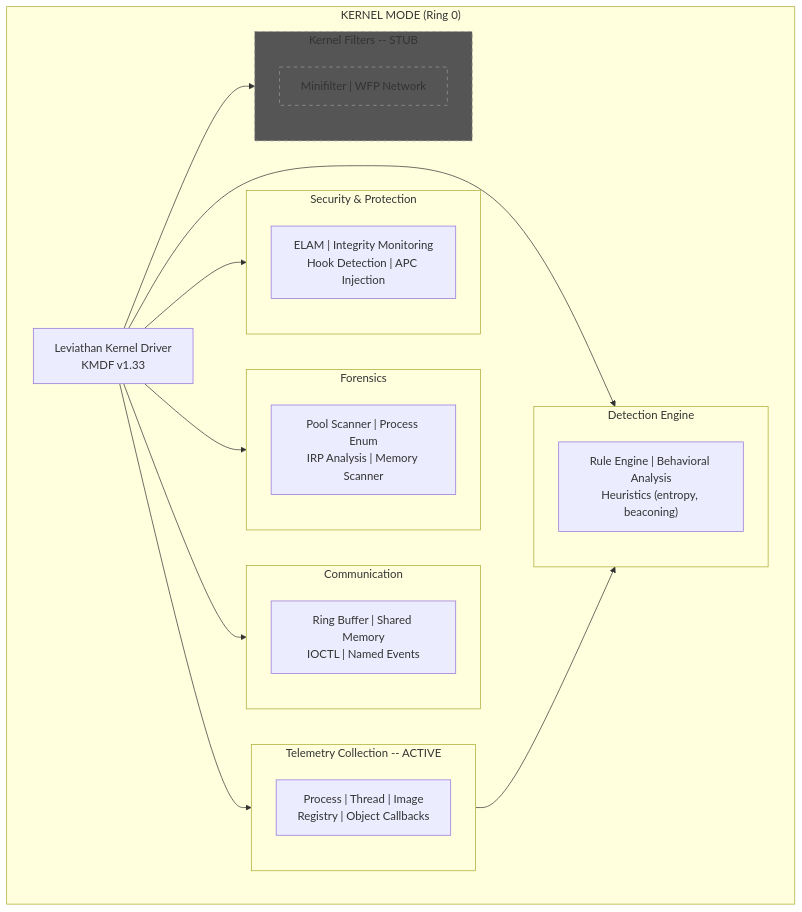
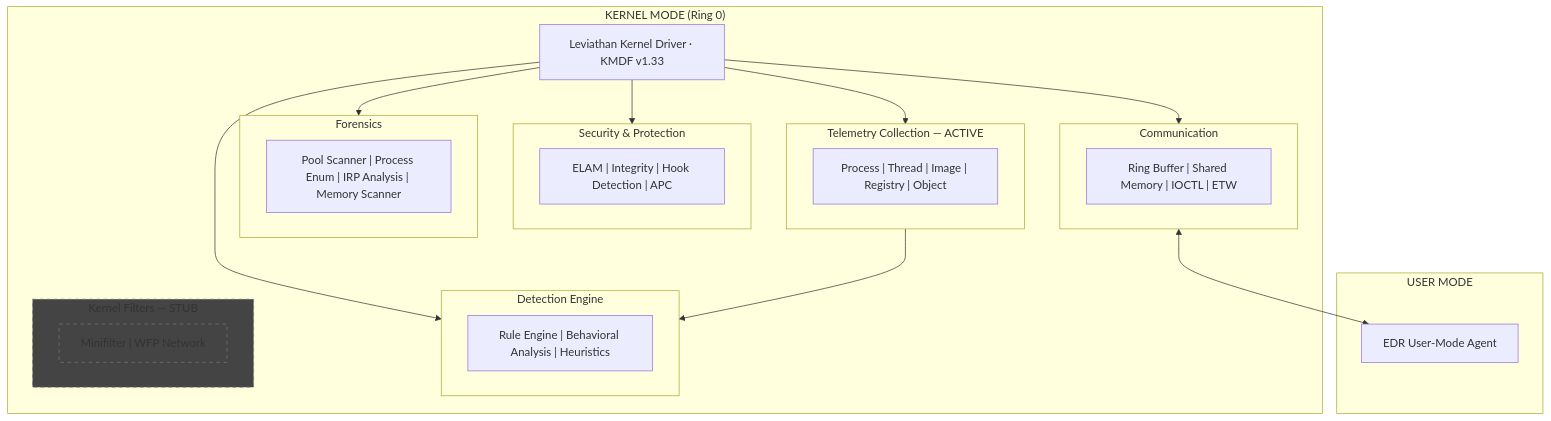
One commit to anubhavg-icpl/leviathan changed the first of 4 diagrams in README.md. Above: the diagram before and after it, drawn with Mermaid. The commit also changed other lines of this file and 9 other files, not shown here.

````diff
--- a/README.md
+++ b/README.md
@@ -135,41 +74,41 @@
 ```mermaid
 graph TB
     subgraph KERNEL["KERNEL MODE (Ring 0)"]
-        DRIVER["Leviathan Kernel Driver<br/>KMDF v1.33"]
+        DRIVER["Leviathan Kernel Driver · KMDF v1.33"]
 
-        subgraph TELEMETRY["Telemetry Collection -- ACTIVE"]
-            CB["Process | Thread | Image<br/>Registry | Object Callbacks"]
+        subgraph TELEMETRY["Telemetry Collection — ACTIVE"]
+            CB["Process | Thread | Image | Registry | Object"]
         end
 
         subgraph SECURITY["Security & Protection"]
-            SEC_MODS["ELAM | Integrity Monitoring<br/>Hook Detection | APC Injection"]
+            SEC["ELAM | Integrity | Hook Detection | APC"]
         end
 
         subgraph DETECTION["Detection Engine"]
-            DET_MODS["Rule Engine | Behavioral Analysis<br/>Heuristics (entropy, beaconing)"]
+            DET["Rule Engine | Behavioral Analysis | Heuristics"]
         end
 
         subgraph FORENSICS["Forensics"]
-            FORE_MODS["Pool Scanner | Process Enum<br/>IRP Analysis | Memory Scanner"]
+            FOR["Pool Scanner | Process Enum | IRP Analysis | Memory Scanner"]
         end
 
         subgraph COMMS["Communication"]
-            COMM_MODS["Ring Buffer | Shared Memory<br/>IOCTL | Named Events"]
+            COM["Ring Buffer | Shared Memory | IOCTL | ETW"]
         end
 
-        subgraph FILTERS["Kernel Filters -- STUB"]
-            FIL_MODS["Minifilter | WFP Network"]
+        subgraph FILTERS["Kernel Filters — STUB"]
+            FIL["Minifilter | WFP Network"]
         end
     end
 
-    DRIVER --> TELEMETRY
-    DRIVER --> SECURITY
-    DRIVER --> DETECTION
-    DRIVER --> FORENSICS
-    DRIVER --> COMMS
-    DRIVER --> FILTERS
+    subgraph USER["USER MODE"]
+        CLIENT["EDR User-Mode Agent"]
+    end
+
+    DRIVER --> TELEMETRY & SECURITY & DETECTION & FORENSICS & COMMS
     TELEMETRY --> DETECTION
+    COMMS <--> CLIENT
 
-    style FILTERS fill:#555,stroke:#999,stroke-dasharray: 5 5
-    style FIL_MODS fill:#555,stroke:#999,stroke-dasharray: 5 5
+    style FILTERS fill:#444,stroke:#777,stroke-dasharray:5 5
+    style FIL fill:#444,stroke:#777,stroke-dasharray:5 5
 ```
````
